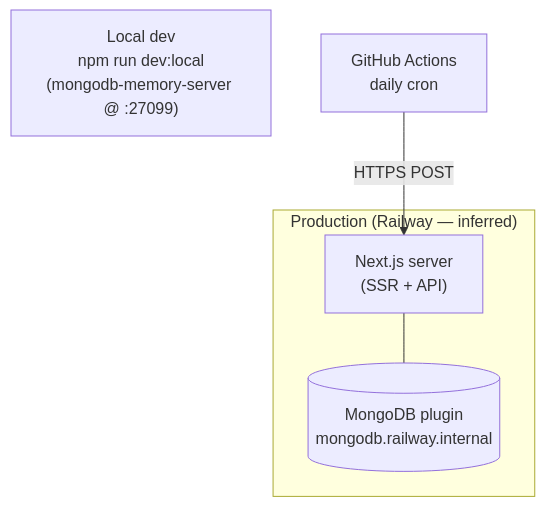
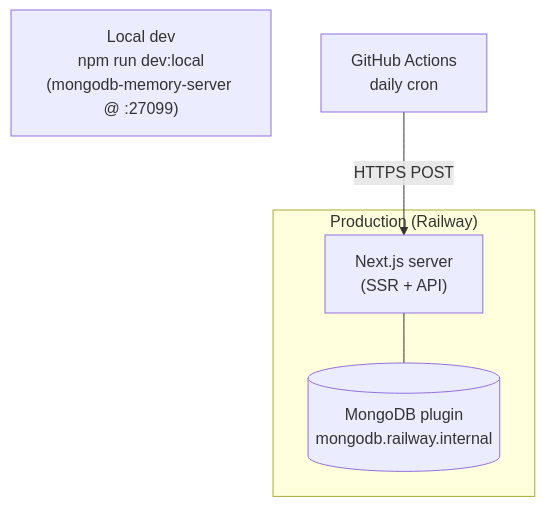
The sixth of 6 diagrams in docs/ARCHITECTURE.md (dooddles07/CYA-DV), drawn with Mermaid before and after one commit. The commit also changed other lines of this file and 6 other files, not shown here.

Commit message:
docs: finalize for production — confirm Railway host, resolve TODO markers to status language, soft maintainer contact

````diff
--- a/docs/ARCHITECTURE.md
+++ b/docs/ARCHITECTURE.md
@@ -549,11 +549,11 @@
 ```mermaid
 graph TB
   Dev["Local dev<br/>npm run dev:local<br/>(mongodb-memory-server @ :27099)"]
-  subgraph Prod["Production (Railway — inferred)"]
+  subgraph Prod["Production (Railway)"]
     App["Next.js server<br/>(SSR + API)"]
     Mongo[("MongoDB plugin<br/>mongodb.railway.internal")]
   end
   GH["GitHub Actions<br/>daily cron"]
   App --- Mongo
   GH -->|HTTPS POST| App
 ```
````
